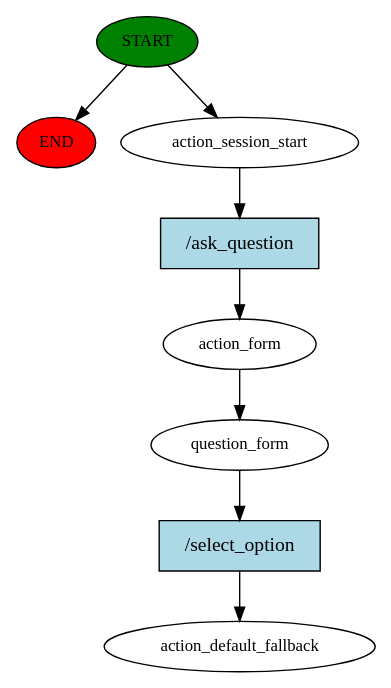
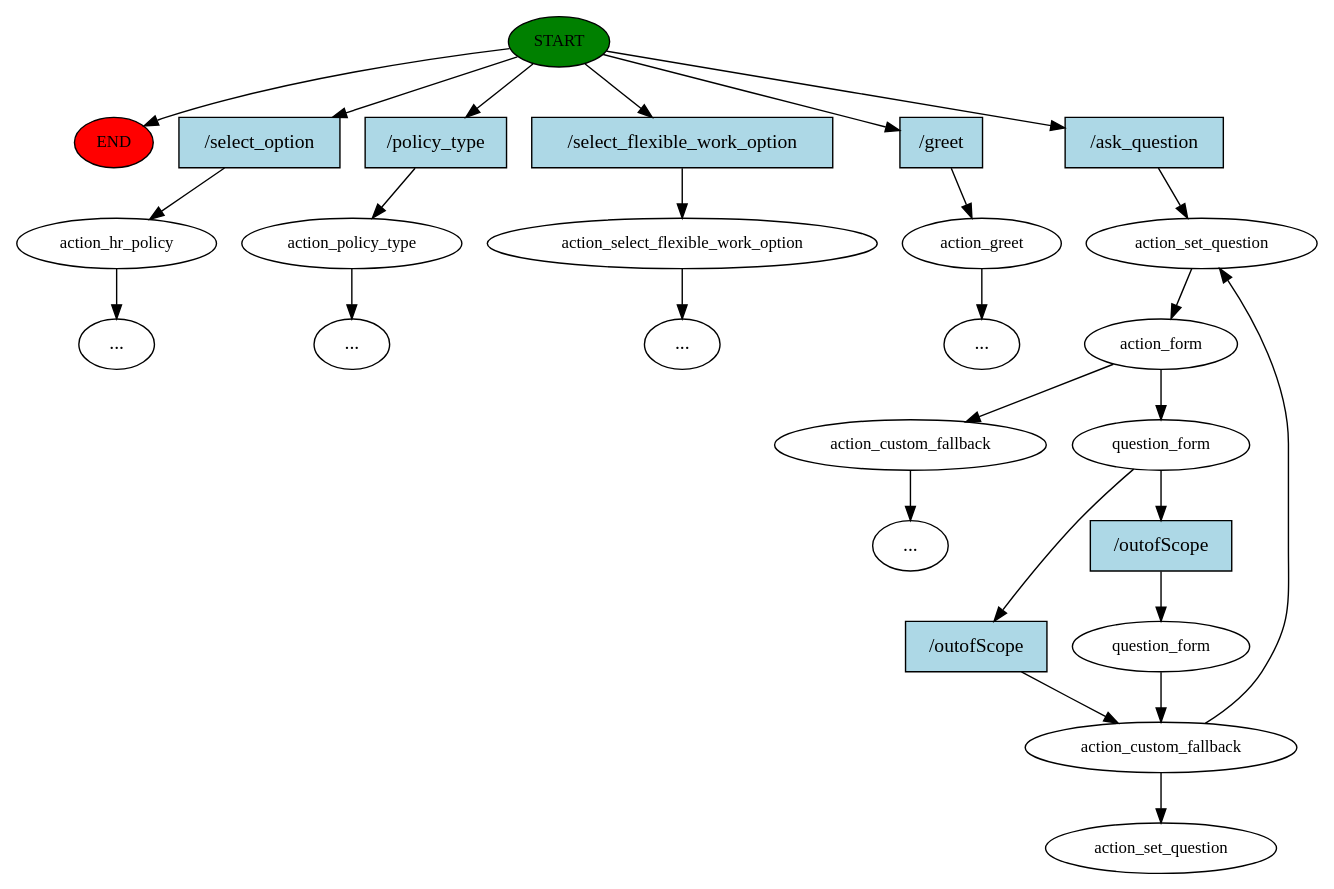
One commit to AIAnupSHrestha/amelia-chatbot changed the diagram in story_graph.dot. Above: the diagram before and after it, drawn with Graphviz. The commit also changed 7 other files, not shown here.

Commit message:
complete dynamic form with dynamic question and slot

```diff
--- a/story_graph.dot
+++ b/story_graph.dot
@@ -1,17 +1,53 @@
 digraph  {
 0 [class="start active", fillcolor=green, fontsize=12, label=START, style=filled];
 "-1" [class=end, fillcolor=red, fontsize=12, label=END, style=filled];
-1 [class=active, fontsize=12, label=action_session_start];
-2 [class=active, fontsize=12, label=action_form];
-3 [class=active, fontsize=12, label=question_form];
-4 [class="dashed active", fontsize=12, label=action_default_fallback];
-5 [class="intent active", fillcolor=lightblue, label="/ask_question", shape=rect, style=filled];
-6 [class="intent active", fillcolor=lightblue, label="/select_option", shape=rect, style=filled];
+1 [class="", fontsize=12, label=action_hr_policy];
+"-3" [class=ellipsis, label="..."];
+2 [class="", fontsize=12, label=action_policy_type];
+"-4" [class=ellipsis, label="..."];
+3 [class="", fontsize=12, label=action_select_flexible_work_option];
+"-5" [class=ellipsis, label="..."];
+4 [class="", fontsize=12, label=action_greet];
+5 [class=active, fontsize=12, label=action_set_question];
+6 [class=active, fontsize=12, label=action_form];
+7 [class="", fontsize=12, label=action_custom_fallback];
+"-7" [class=ellipsis, label="..."];
+"-8" [class=ellipsis, label="..."];
+11 [class=active, fontsize=12, label=question_form];
+12 [class=active, fontsize=12, label=action_custom_fallback];
+16 [class=active, fontsize=12, label=question_form];
+18 [class="dashed active", fontsize=12, label=action_set_question];
+19 [class=intent, fillcolor=lightblue, label="/select_option", shape=rect, style=filled];
+20 [class=intent, fillcolor=lightblue, label="/policy_type", shape=rect, style=filled];
+21 [class=intent, fillcolor=lightblue, label="/select_flexible_work_option", shape=rect, style=filled];
+22 [class=intent, fillcolor=lightblue, label="/greet", shape=rect, style=filled];
+23 [class="intent active", fillcolor=lightblue, label="/ask_question", shape=rect, style=filled];
+24 [class="intent active", fillcolor=lightblue, label="/outofScope", shape=rect, style=filled];
+25 [class="intent active", fillcolor=lightblue, label="/outofScope", shape=rect, style=filled];
 0 -> "-1"  [class="", key=NONE, label=""];
-0 -> 1  [class=active, key=NONE, label=""];
-1 -> 5  [class=active, key=0];
-2 -> 3  [class=active, key=NONE, label=""];
-3 -> 6  [class=active, key=0];
-5 -> 2  [class=active, key=0];
-6 -> 4  [class=active, key=0];
+0 -> 19  [class="", key=0];
+0 -> 20  [class="", key=0];
+0 -> 21  [class="", key=0];
+0 -> 22  [class="", key=0];
+0 -> 23  [class=active, key=0];
+1 -> "-3"  [class="", key=NONE, label=""];
+2 -> "-4"  [class="", key=NONE, label=""];
+3 -> "-5"  [class="", key=NONE, label=""];
+4 -> "-8"  [class="", key=NONE, label=""];
+5 -> 6  [class=active, key=NONE, label=""];
+6 -> 7  [class="", key=NONE, label=""];
+6 -> 11  [class=active, key=NONE, label=""];
+7 -> "-7"  [class="", key=NONE, label=""];
+11 -> 24  [class=active, key=0];
+11 -> 25  [class=active, key=0];
+12 -> 5  [class=active, key=NONE, label=""];
+12 -> 18  [class=active, key=NONE, label=""];
+16 -> 12  [class=active, key=NONE, label=""];
+19 -> 1  [class="", key=0];
+20 -> 2  [class="", key=0];
+21 -> 3  [class="", key=0];
+22 -> 4  [class="", key=0];
+23 -> 5  [class=active, key=0];
+24 -> 12  [class=active, key=0];
+25 -> 16  [class=active, key=0];
 }
```
